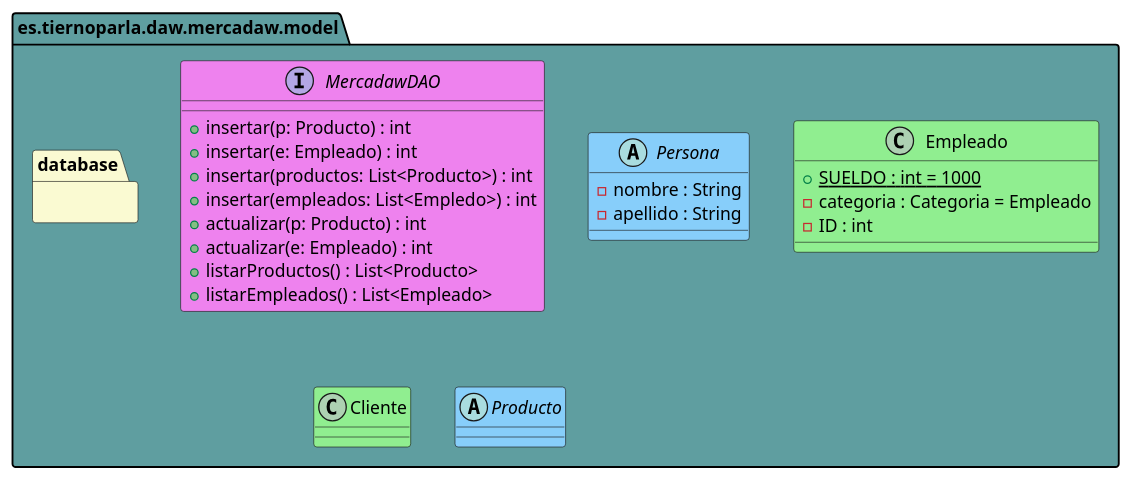
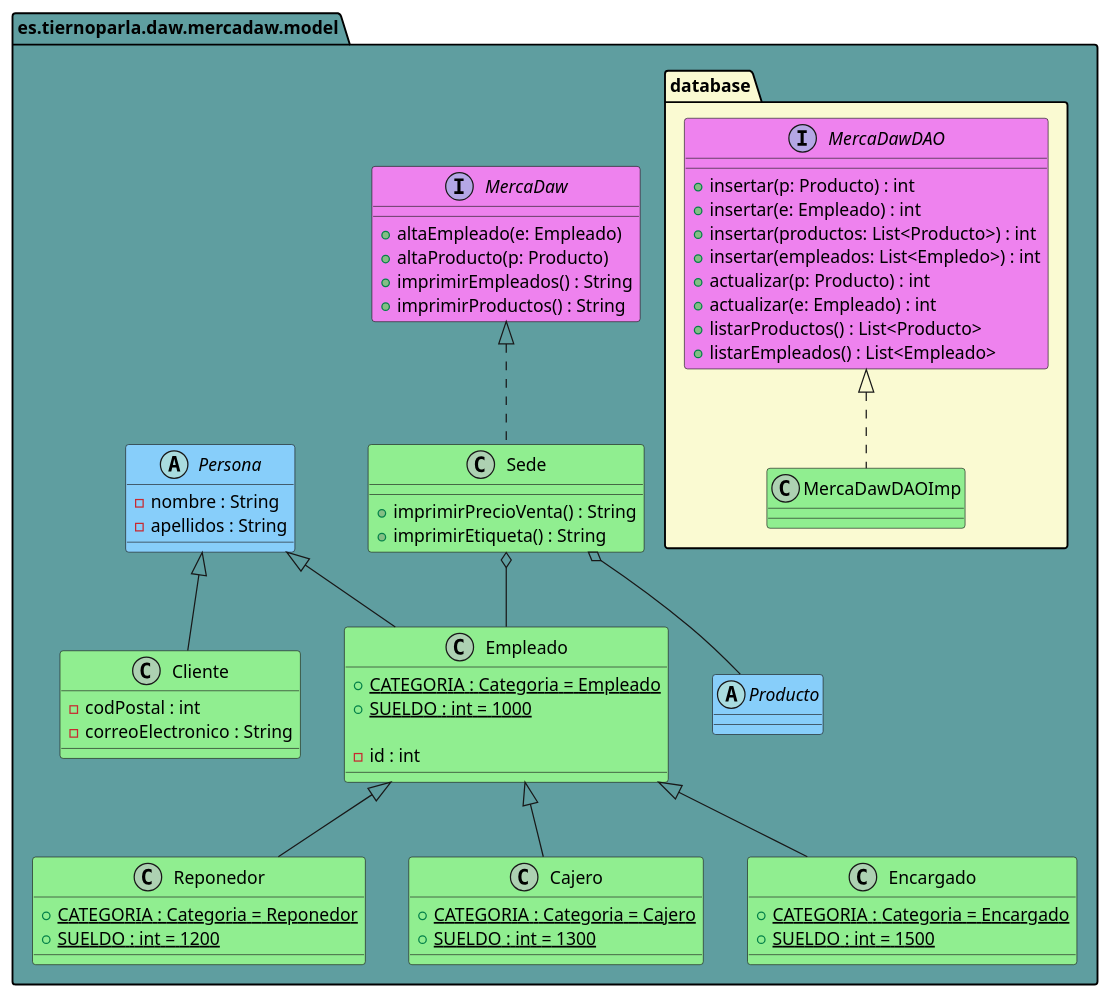
The diagram in design/Diagramas/Clases/DiagramaClases.pu (adrils16/MercaDawFinal), drawn with PlantUML before and after one commit. The commit also changed other lines of this file and 3 other files, not shown here.

```diff
--- a/design/Diagramas/Clases/DiagramaClases.pu
+++ b/design/Diagramas/Clases/DiagramaClases.pu
@@ -69,41 +1,90 @@
 @startuml Diagrama de Clases Modelo
 allow_mixing
 set namespaceSeparator none
 
 package es.tiernoparla.daw.mercadaw.model #CadetBlue {
-    interface MercadawDAO #Violet{
-        + insertar(p: Producto) : int
-        + insertar(e: Empleado) : int
-        + insertar(productos: List<Producto>) : int
-        + insertar(empleados: List<Empledo>) : int
-        + actualizar(p: Producto) : int
-        + actualizar(e: Empleado) : int
-        + listarProductos() : List<Producto>
-        + listarEmpleados() : List<Empleado>
+
+    package database #LightGoldenRodYellow {
+
+        interface MercaDawDAO #Violet{
+            + insertar(p: Producto) : int
+            + insertar(e: Empleado) : int
+            + insertar(productos: List<Producto>) : int
+            + insertar(empleados: List<Empledo>) : int
+            + actualizar(p: Producto) : int
+            + actualizar(e: Empleado) : int
+            + listarProductos() : List<Producto>
+            + listarEmpleados() : List<Empleado>
+        }
+
+        class MercaDawDAOImp #LightGreen {
+
+        }
+    }
+    
+    interface MercaDaw #Violet {
+        'Provisional basandonos en la anterior practica
+
+        + altaEmpleado(e: Empleado)
+        + altaProducto(p: Producto)
+        + imprimirEmpleados() : String
+        + imprimirProductos() : String
+    }
+
+    class Sede #LightGreen {
+        'Provisional basandonos en la anterior practica
+
+        + imprimirPrecioVenta() : String
+        + imprimirEtiqueta() : String
     }
 
     abstract class Persona #LightSkyBlue {
         - nombre : String
-        - apellido : String
+        - apellidos : String
     }
 
-    class Empleado #LightGreen{
+    class Empleado #LightGreen {
+        + CATEGORIA : Categoria = Empleado {static}
         + SUELDO : int = 1000 {static}
-        - categoria : Categoria = Empleado
-        - ID : int
+
+        - id : int
     }
 
-    class Cliente #LightGreen{
-
+    class Reponedor #LightGreen {
+        + CATEGORIA : Categoria = Reponedor {static}
+        + SUELDO : int = 1200 {static}
     }
 
-    package database #LightGoldenRodYellow {
-        
+    class Cajero #LightGreen {
+        + CATEGORIA : Categoria = Cajero {static}
+        + SUELDO : int = 1300 {static}
     }
 
-    abstract Producto #LightSkyBlue{
+    class Encargado #LightGreen {
+        + CATEGORIA : Categoria = Encargado {static}
+        + SUELDO : int = 1500 {static}
+    }
 
+    class Cliente #LightGreen {
+        - codPostal : int
+        - correoElectronico : String
+    }
+
+    abstract class Producto #LightSkyBlue {
+        'Por completar, y falta añadir las clases hijas
     }
 }
 
+MercaDaw <|.. Sede
+Sede o-- Producto
+Sede o-- Empleado
+
+Persona <|-- Cliente
+Persona <|-- Empleado
+Empleado <|-- Reponedor
+Empleado <|-- Cajero
+Empleado <|-- Encargado
+
+MercaDawDAO <|.. MercaDawDAOImp
+
 @enduml
```
